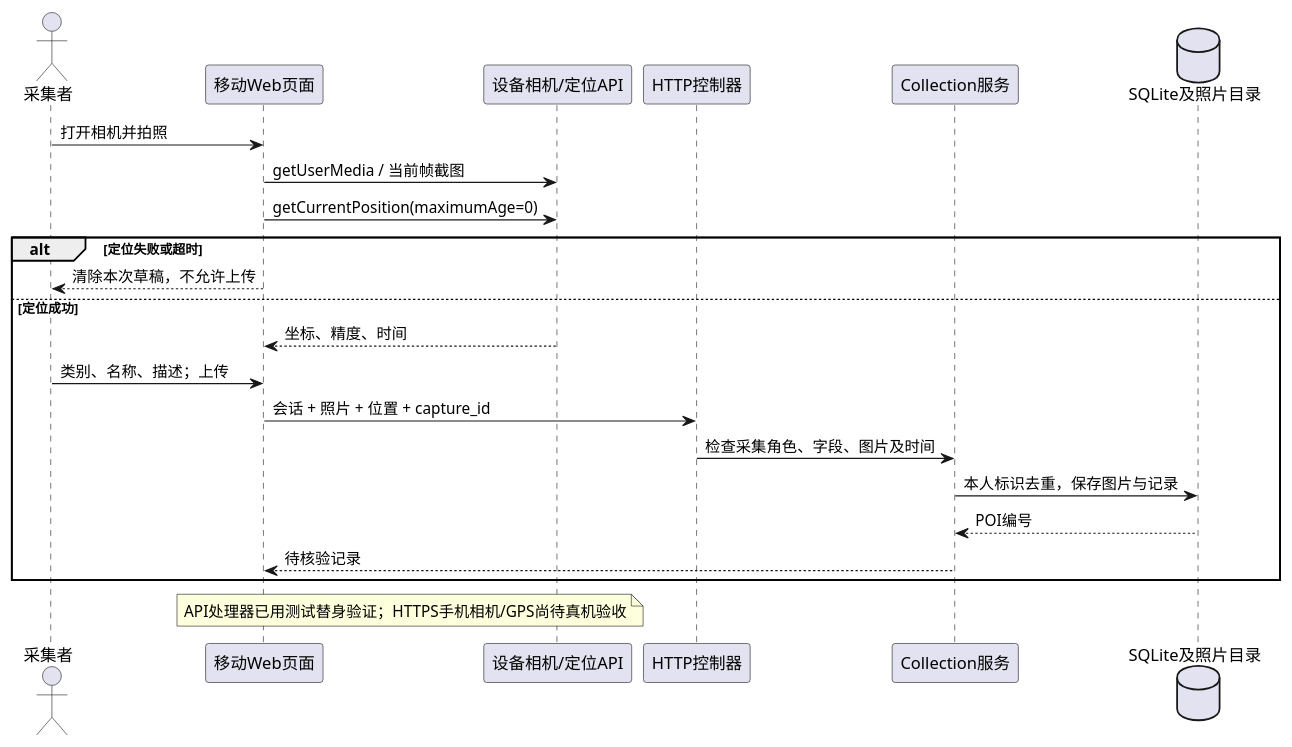
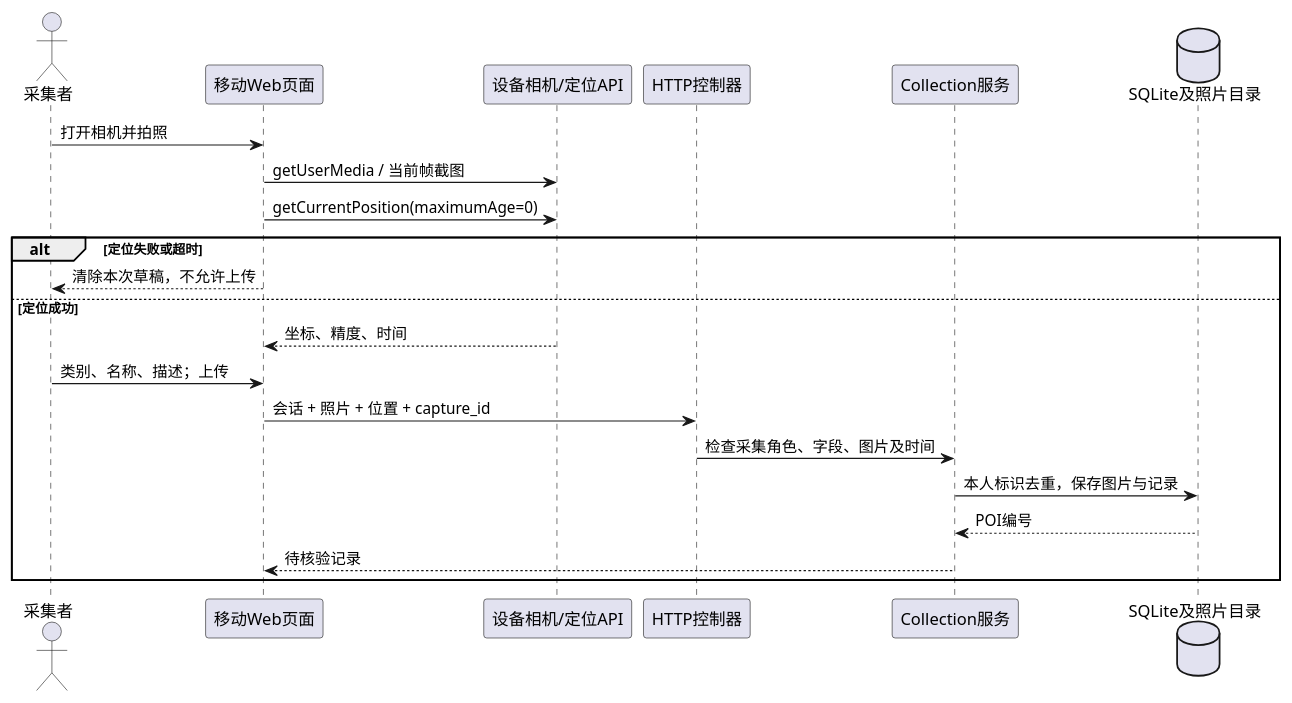
One commit to Florian-yang/mapqc-sadp-practice changed the diagram in docs/diagrams/poi-capture.puml. Above: the diagram before and after it, drawn with PlantUML. The commit also changed 33 other files, not shown here.

```diff
--- a/docs/diagrams/poi-capture.puml
+++ b/docs/diagrams/poi-capture.puml
@@ -1,23 +1,22 @@
 @startuml
 actor 采集者
 participant "移动Web页面" as Web
 participant "设备相机/定位API" as Device
 participant "HTTP控制器" as HTTP
 participant "Collection服务" as C
 database "SQLite及照片目录" as DB
 采集者 -> Web : 打开相机并拍照
 Web -> Device : getUserMedia / 当前帧截图
 Web -> Device : getCurrentPosition(maximumAge=0)
 alt 定位失败或超时
  Web --> 采集者 : 清除本次草稿，不允许上传
 else 定位成功
  Device --> Web : 坐标、精度、时间
  采集者 -> Web : 类别、名称、描述；上传
  Web -> HTTP : 会话 + 照片 + 位置 + capture_id
  HTTP -> C : 检查采集角色、字段、图片及时间
  C -> DB : 本人标识去重，保存图片与记录
  DB --> C : POI编号
  C --> Web : 待核验记录
 end
-note over Web,Device : API处理器已用测试替身验证；HTTPS手机相机/GPS尚待真机验收
 @enduml
```
